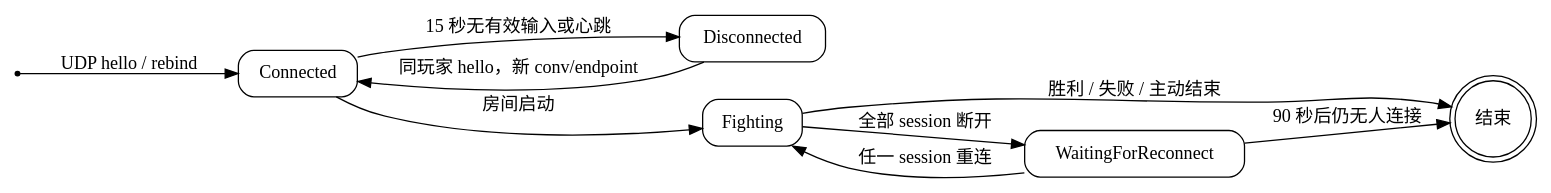
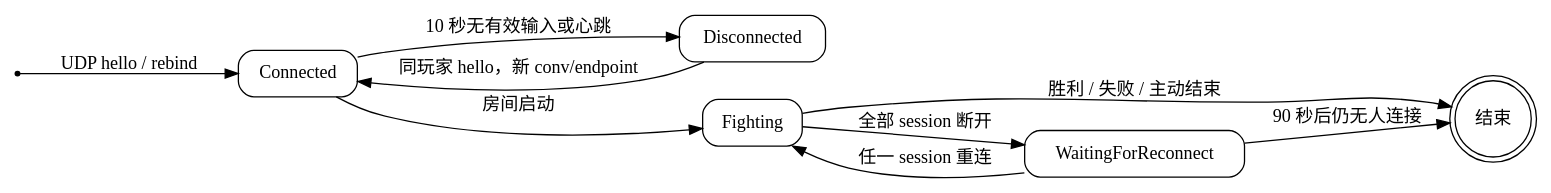
Before and after one commit to zzzhr666/server: the diagram in docs/diagrams/reconnect-state.dot, drawn with Graphviz. The commit also changed 4 other files, not shown here.

```diff
--- a/docs/diagrams/reconnect-state.dot
+++ b/docs/diagrams/reconnect-state.dot
@@ -1,18 +1,18 @@
 digraph reconnect_state {
     rankdir=LR;
     node [shape=box, style="rounded"];
     start [shape=point];
     finish [shape=doublecircle, label="结束"];
     connected [label="Connected"];
     disconnected [label="Disconnected"];
     fighting [label="Fighting"];
     waiting [label="WaitingForReconnect"];
     start -> connected [label="UDP hello / rebind"];
-    connected -> disconnected [label="15 秒无有效输入或心跳"];
+    connected -> disconnected [label="10 秒无有效输入或心跳"];
     disconnected -> connected [label="同玩家 hello，新 conv/endpoint"];
     connected -> fighting [label="房间启动"];
     fighting -> waiting [label="全部 session 断开"];
     waiting -> fighting [label="任一 session 重连"];
     waiting -> finish [label="90 秒后仍无人连接"];
     fighting -> finish [label="胜利 / 失败 / 主动结束"];
 }
```
